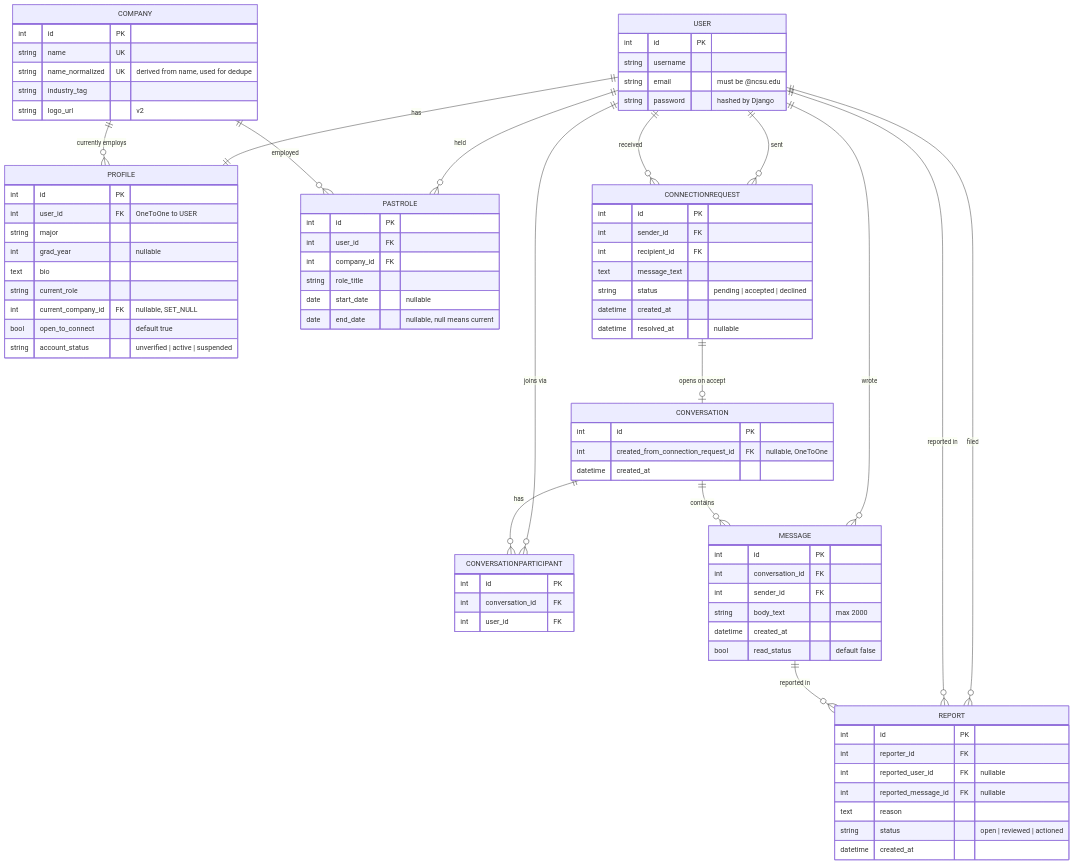
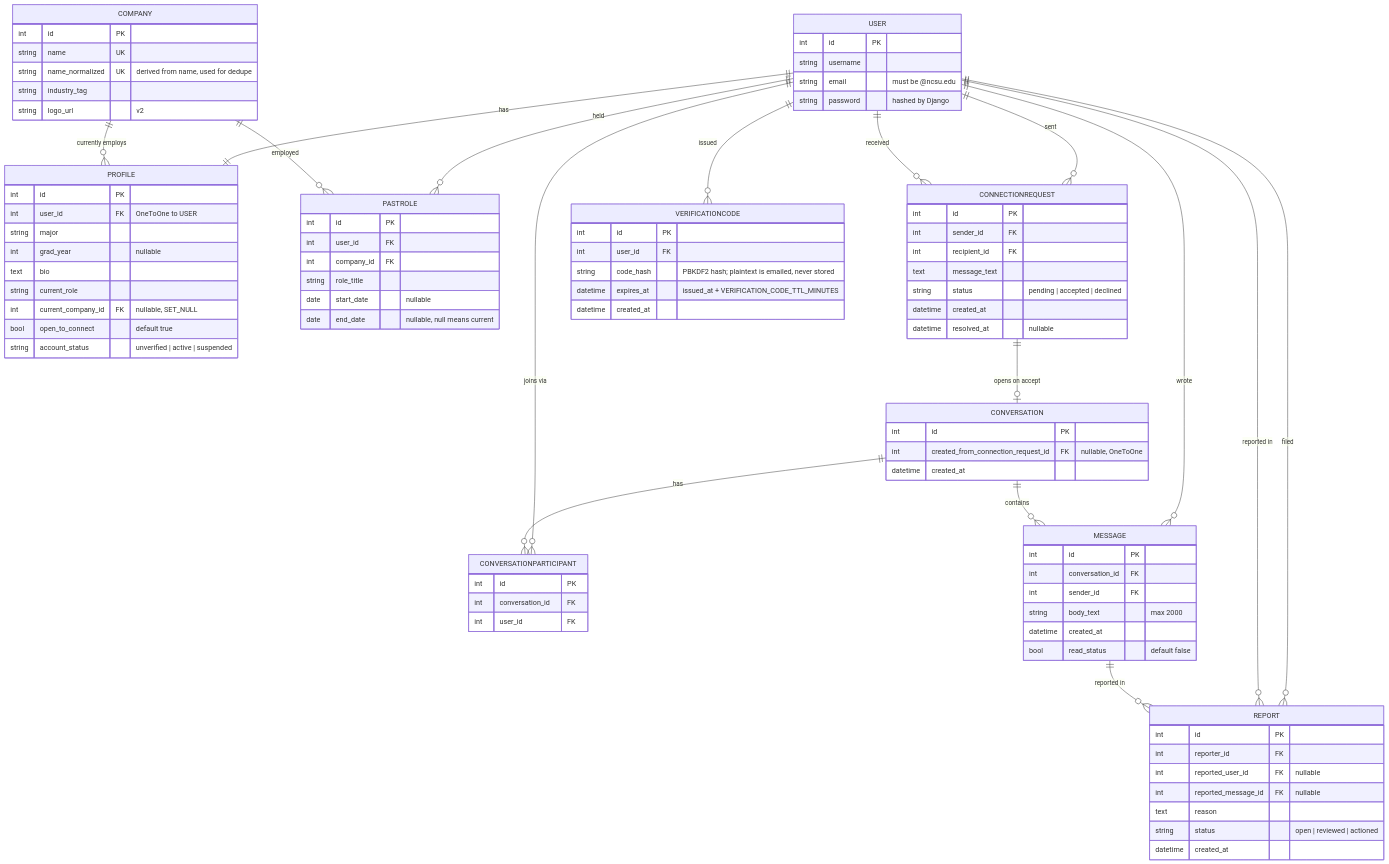
The diagram in docs/erd.md (SameekshaKeshav/ACM-Pack_referrals), drawn with Mermaid before and after one commit. The commit also changed other lines of this file and 9 other files, not shown here.

```diff
--- a/docs/erd.md
+++ b/docs/erd.md
@@ -21,6 +21,7 @@
     USER ||--o{ MESSAGE : "wrote"
     USER ||--o{ REPORT : "filed"
     USER ||--o{ REPORT : "reported in"
+    USER ||--o{ VERIFICATIONCODE : "issued"
 
     COMPANY ||--o{ PASTROLE : "employed"
     COMPANY ||--o{ PROFILE : "currently employs"
@@ -34,6 +35,14 @@
         string username
         string email "must be @ncsu.edu"
         string password "hashed by Django"
+    }
+
+    VERIFICATIONCODE {
+        int id PK
+        int user_id FK
+        string code_hash "PBKDF2 hash; plaintext is emailed, never stored"
+        datetime expires_at "issued_at + VERIFICATION_CODE_TTL_MINUTES"
+        datetime created_at
     }
 
     PROFILE {
```
